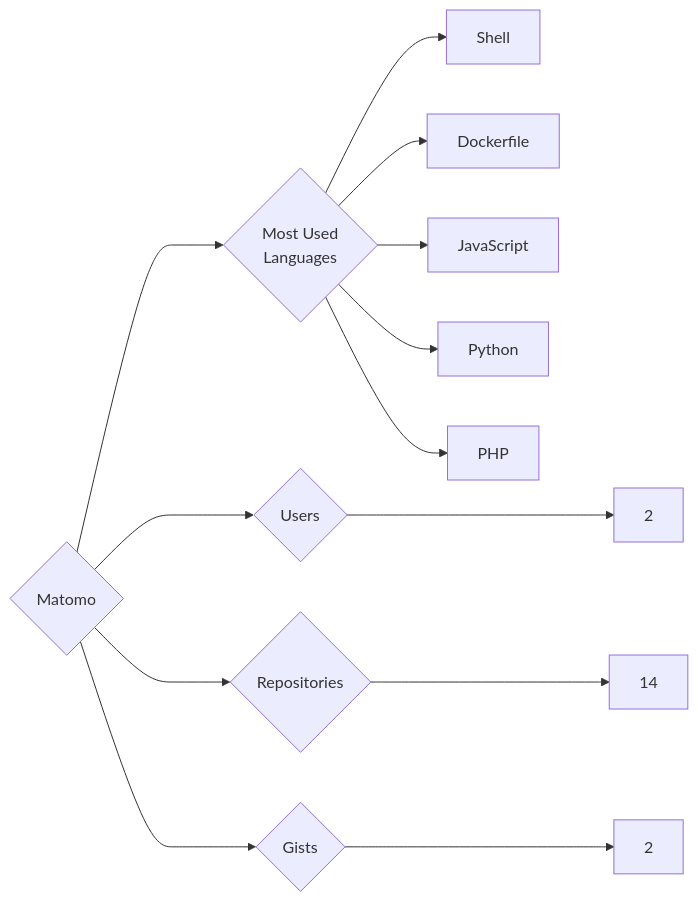
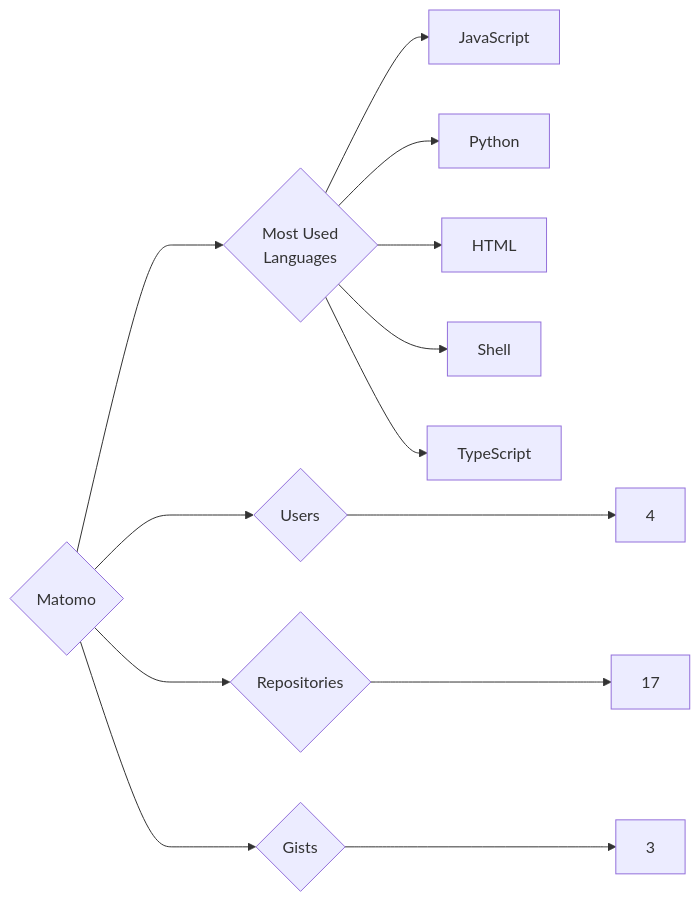
Before and after one commit to trickest/insiders: the diagram in targets/Matomo/README.md, drawn with Mermaid. The commit also changed 912 other files, not shown here.

````diff
--- a/targets/Matomo/README.md
+++ b/targets/Matomo/README.md
@@ -3,13 +3,13 @@
 ```mermaid
 graph LR
 COMPANY_NAME{Matomo}
-COMPANY_NAME ---> U{Users} ---> UN[2]
-COMPANY_NAME ---> R{Repositories} ---> RN[14]
-COMPANY_NAME ---> G{Gists} ---> GN[2]
+COMPANY_NAME ---> U{Users} ---> UN[4]
+COMPANY_NAME ---> R{Repositories} ---> RN[17]
+COMPANY_NAME ---> G{Gists} ---> GN[3]
 COMPANY_NAME ---> ML{Most Used<br>Languages}
-ML --> Shell[Shell]
-ML --> Dockerfile[Dockerfile]
 ML --> JavaScript[JavaScript]
 ML --> Python[Python]
-ML --> PHP[PHP]
+ML --> HTML[HTML]
+ML --> Shell[Shell]
+ML --> TypeScript[TypeScript]
 ```
````
